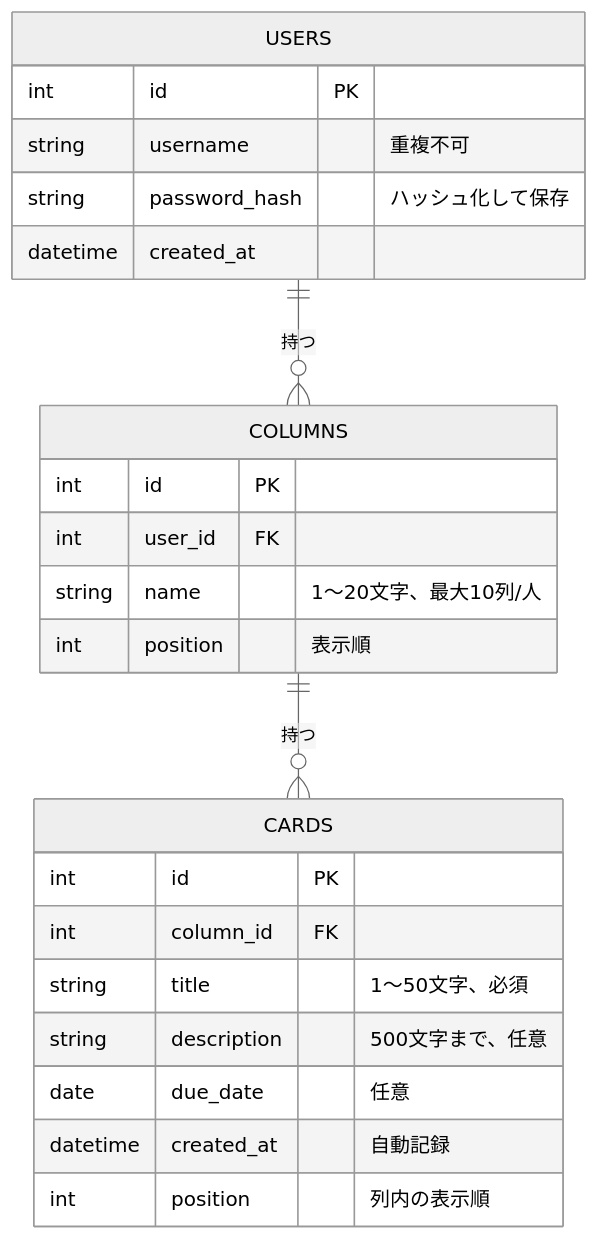
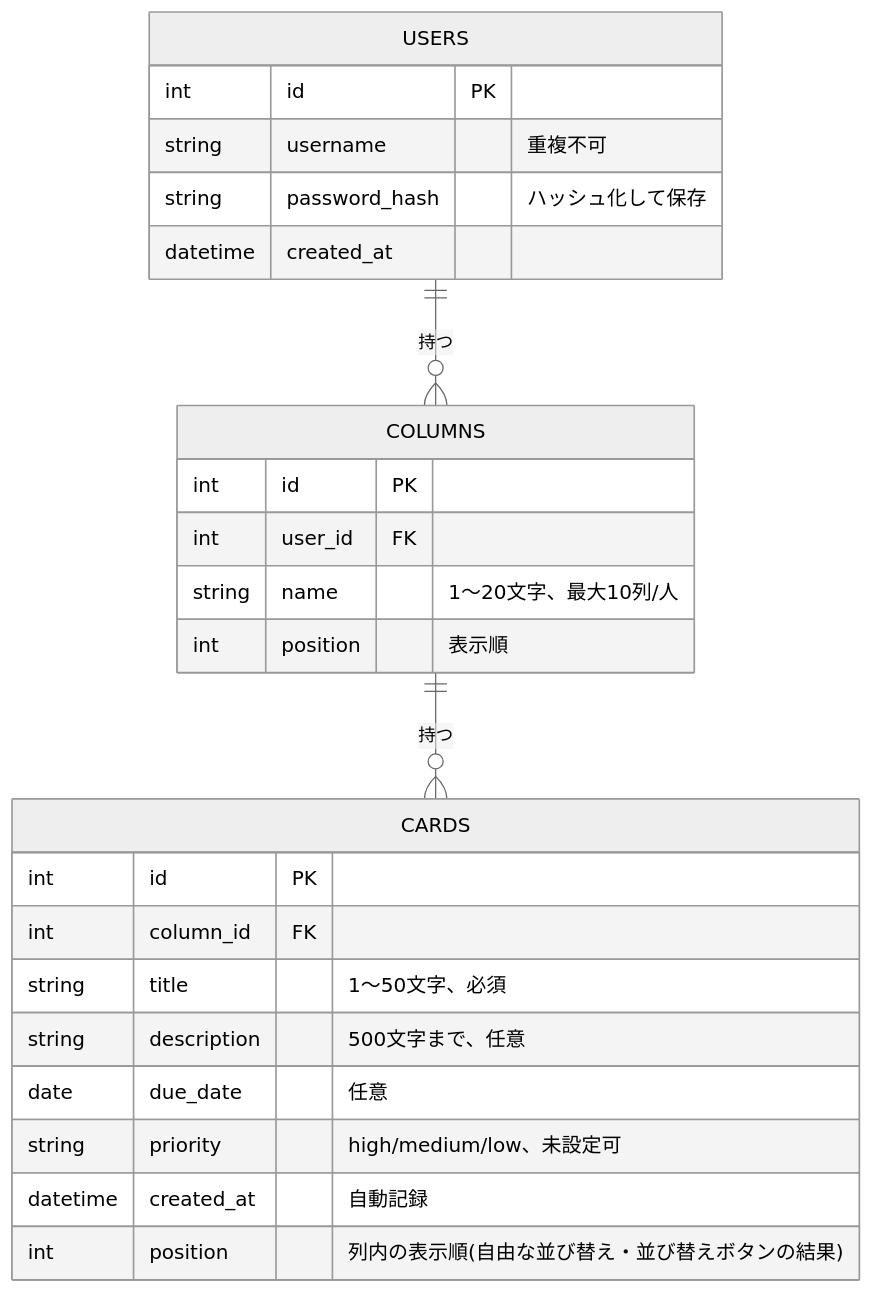
One commit to chengdanei48-beep/TaskManagment changed the third of 3 diagrams in docs/diagrams.md. Above: the diagram before and after it, drawn with Mermaid (neutral theme). The commit also changed other lines of this file and 5 other files, not shown here.

````diff
--- a/docs/diagrams.md
+++ b/docs/diagrams.md
@@ -78,27 +78,28 @@
 ```mermaid
 erDiagram
     USERS ||--o{ COLUMNS : "持つ"
     COLUMNS ||--o{ CARDS : "持つ"
 
     USERS {
         int id PK
         string username "重複不可"
         string password_hash "ハッシュ化して保存"
         datetime created_at
     }
     COLUMNS {
         int id PK
         int user_id FK
         string name "1〜20文字、最大10列/人"
         int position "表示順"
     }
     CARDS {
         int id PK
         int column_id FK
         string title "1〜50文字、必須"
         string description "500文字まで、任意"
         date due_date "任意"
+        string priority "high/medium/low、未設定可"
         datetime created_at "自動記録"
-        int position "列内の表示順"
+        int position "列内の表示順(自由な並び替え・並び替えボタンの結果)"
     }
 ```
````
